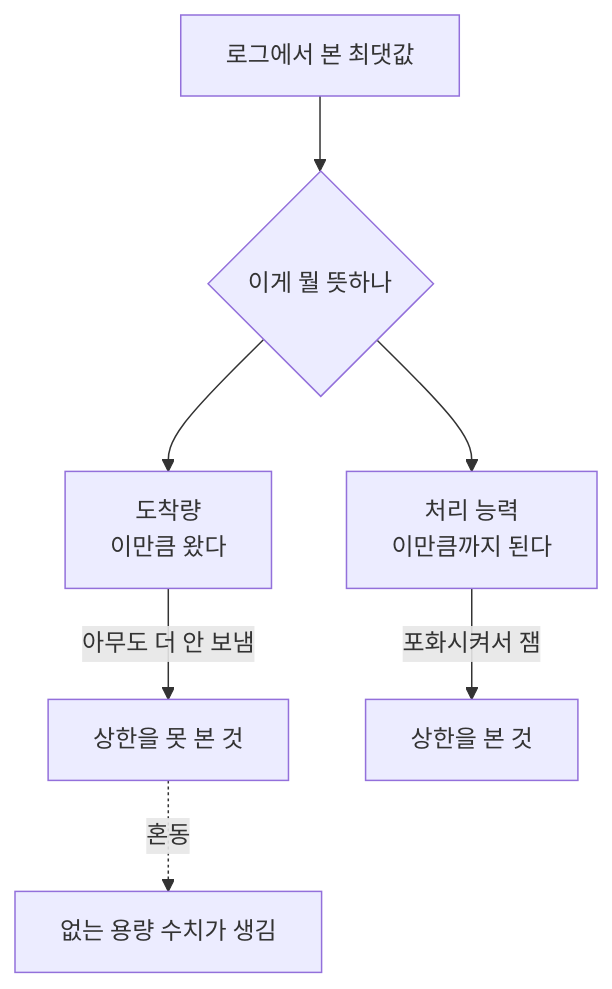
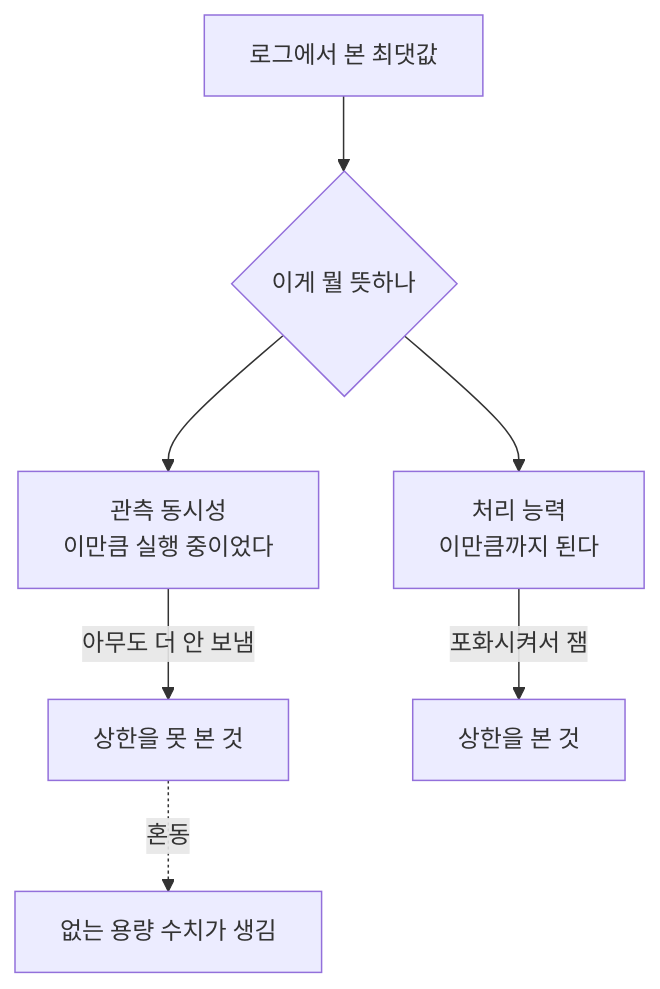
Before and after one commit to kukjun/blog: the diagram in src/content/blog/ko/the-number-that-never-existed.md, drawn with Mermaid. The commit also changed other lines of this file and 32 other files, not shown here.

````diff
--- a/src/content/blog/ko/the-number-that-never-existed.md
+++ b/src/content/blog/ko/the-number-that-never-existed.md
@@ -78,9 +83,9 @@
 ```mermaid
 flowchart TD
   A[로그에서 본 최댓값] --> B{이게 뭘 뜻하나}
-  B --> C["도착량<br/>이만큼 왔다"]
+  B --> C["관측 동시성<br/>이만큼 실행 중이었다"]
   B --> D["처리 능력<br/>이만큼까지 된다"]
   C -->|아무도 더 안 보냄| E[상한을 못 본 것]
   D -->|포화시켜서 잼| F[상한을 본 것]
   E -.->|혼동| G[없는 용량 수치가 생김]
 ```
````
